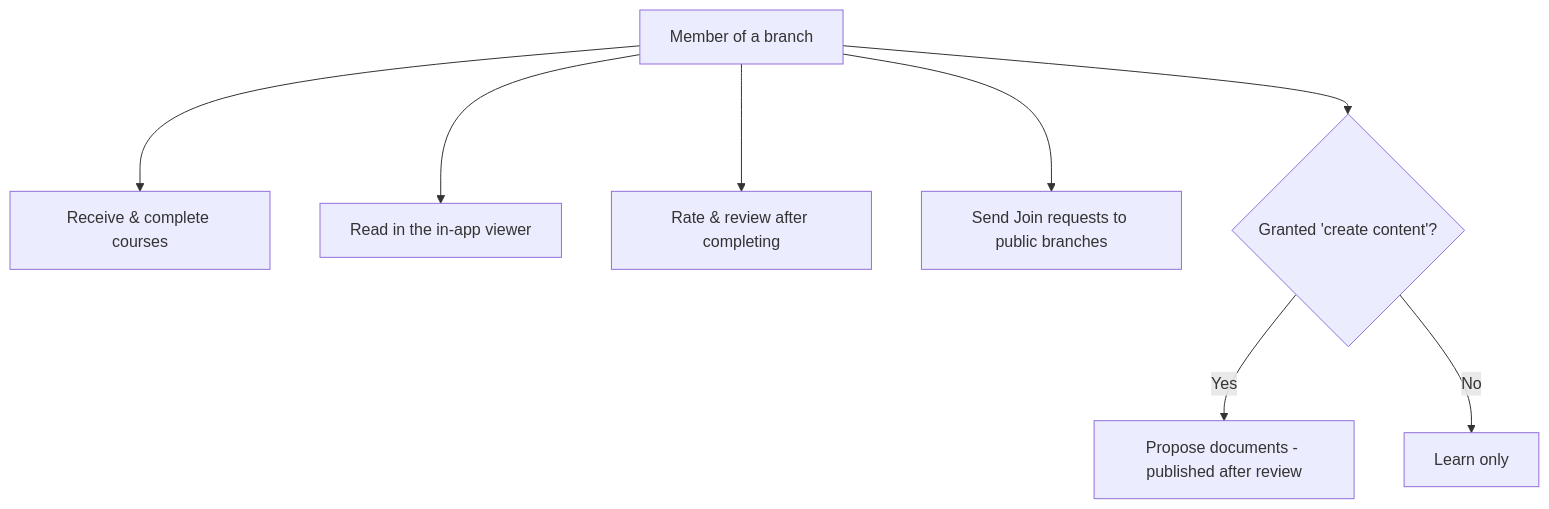
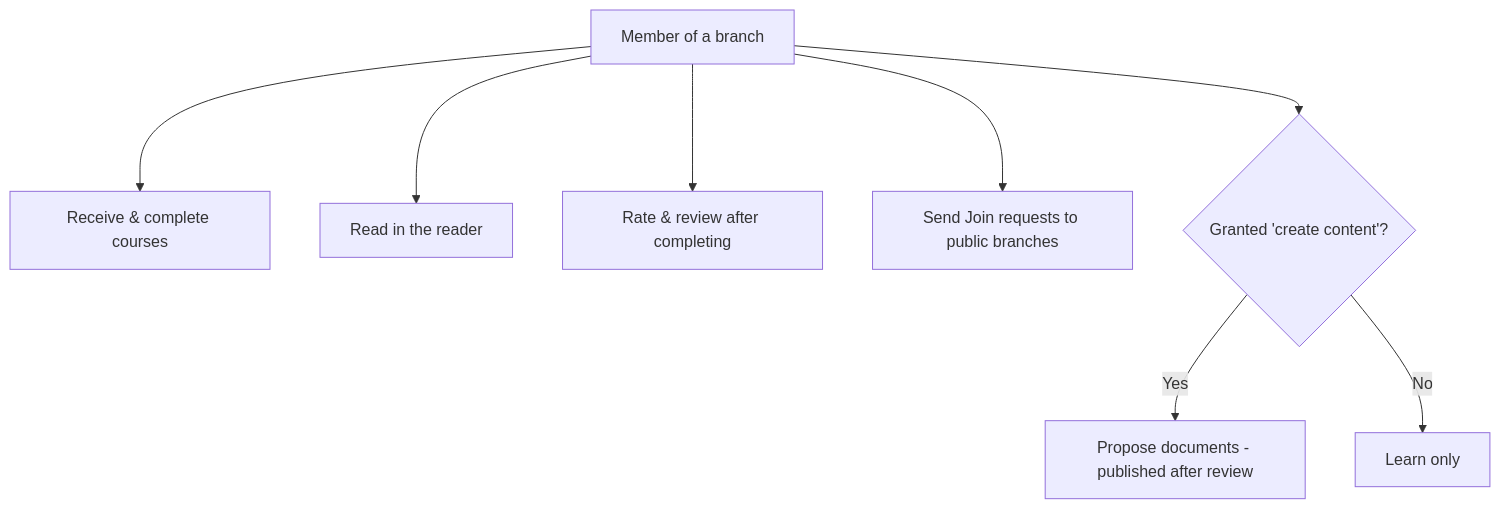
One commit to ignitelogic1519/Organisation-Knowledge-Vault changed diagram 36 of 53 in apps/web/public/guide/Knowledge-Vault-Main-Guide-Book.md. Above: the diagram before and after it, drawn with Mermaid. The commit also changed other lines of this file and 31 other files, not shown here.

````diff
--- a/apps/web/public/guide/Knowledge-Vault-Main-Guide-Book.md
+++ b/apps/web/public/guide/Knowledge-Vault-Main-Guide-Book.md
@@ -2733,10 +4333,10 @@
 ```mermaid
 flowchart TD
     M["Member of a branch"] --> L["Receive & complete courses"]
-    M --> V["Read in the in-app viewer"]
+    M --> V["Read in the reader"]
     M --> R["Rate & review after completing"]
     M --> J["Send Join requests to public branches"]
     M --> P{"Granted 'create content'?"}
     P -->|Yes| PC["Propose documents - published after review"]
     P -->|No| PN["Learn only"]
 ```
````
